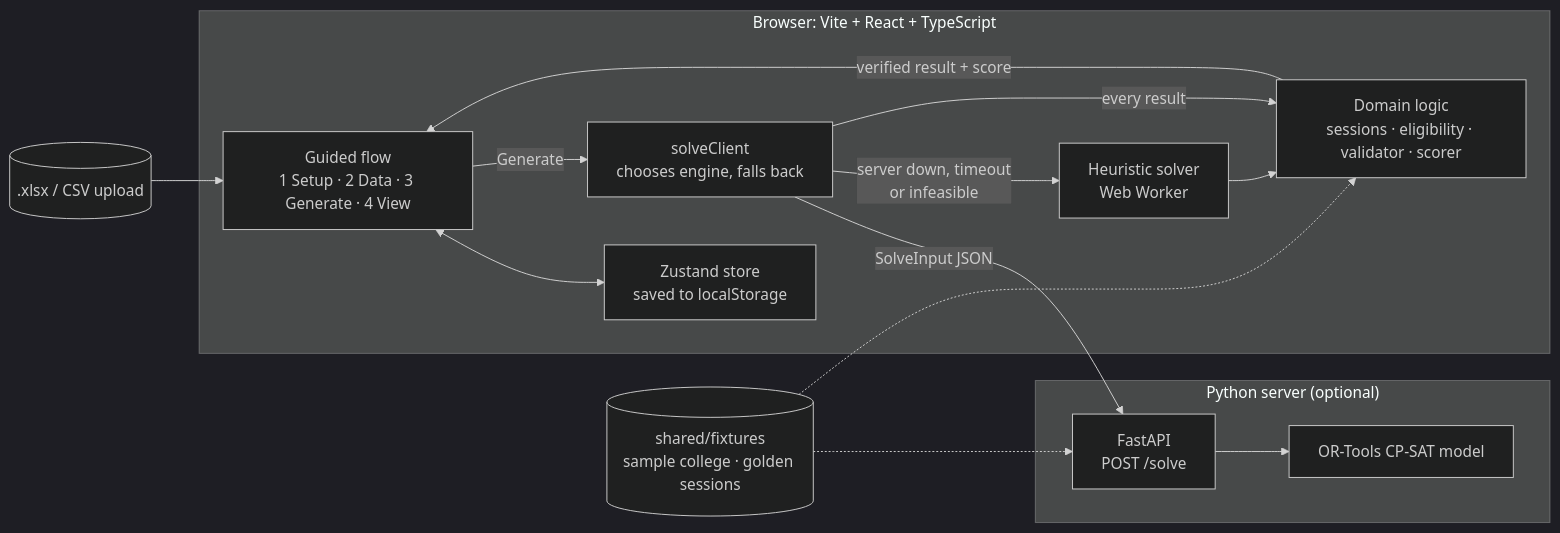
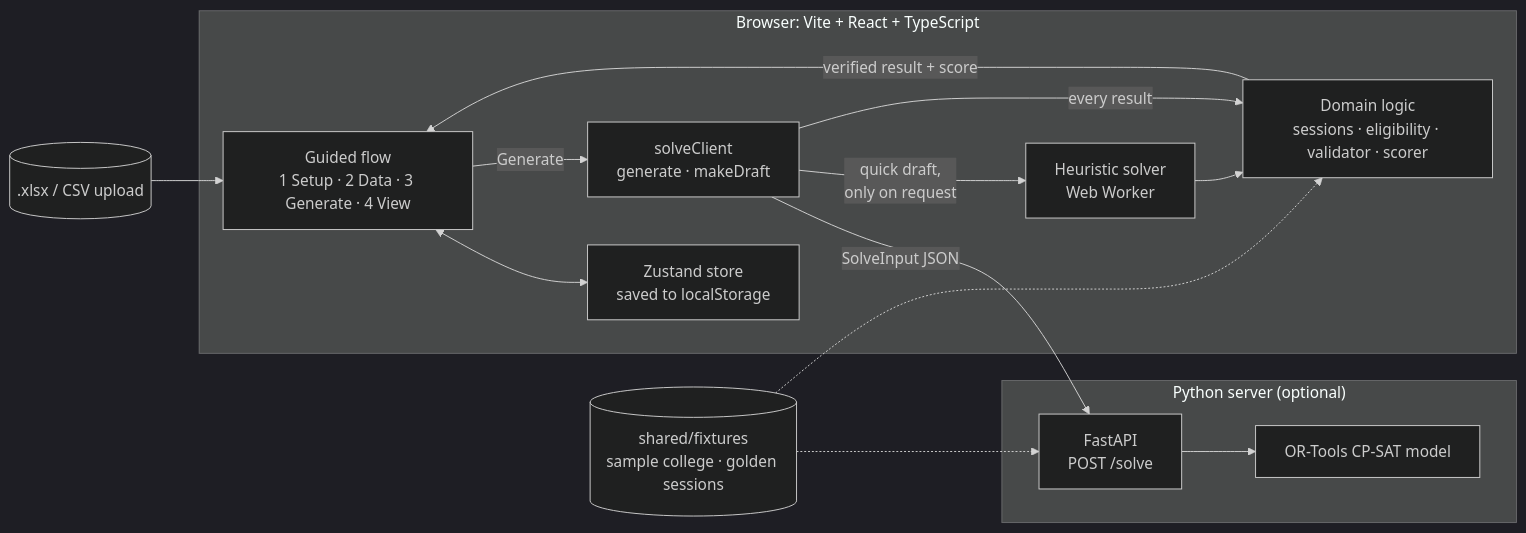
The diagram in ARCHITECTURE.md (ankur-paul/schedule-optimizer), drawn with Mermaid (dark theme) before and after one commit. The commit also changed other lines of this file and 3 other files, not shown here.

Commit message:
T18: README, ARCHITECTURE and step ③ screenshot for exact-first; ticket done

````diff
--- a/ARCHITECTURE.md
+++ b/ARCHITECTURE.md
@@ -5,30 +5,30 @@
 ```mermaid
 flowchart LR
   Excel[(".xlsx / CSV upload")]
 
   subgraph Browser["Browser: Vite + React + TypeScript"]
     UI["Guided flow<br/>1 Setup · 2 Data · 3 Generate · 4 View"]
     Store["Zustand store<br/>saved to localStorage"]
-    Client["solveClient<br/>chooses engine, falls back"]
+    Client["solveClient<br/>generate · makeDraft"]
     Worker["Heuristic solver<br/>Web Worker"]
     Domain["Domain logic<br/>sessions · eligibility · validator · scorer"]
   end
 
   subgraph Server["Python server (optional)"]
     API["FastAPI<br/>POST /solve"]
     CPSAT["OR-Tools CP-SAT model"]
   end
 
   Fixtures[("shared/fixtures<br/>sample college · golden sessions")]
 
   Excel --> UI
   UI <--> Store
   UI -- "Generate" --> Client
   Client -- "SolveInput JSON" --> API --> CPSAT
-  Client -- "server down, timeout<br/>or infeasible" --> Worker
+  Client -- "quick draft,<br/>only on request" --> Worker
   Worker --> Domain
   Client -- "every result" --> Domain
   Domain -- "verified result + score" --> UI
   Fixtures -.-> Domain
   Fixtures -.-> API
 ```
````
